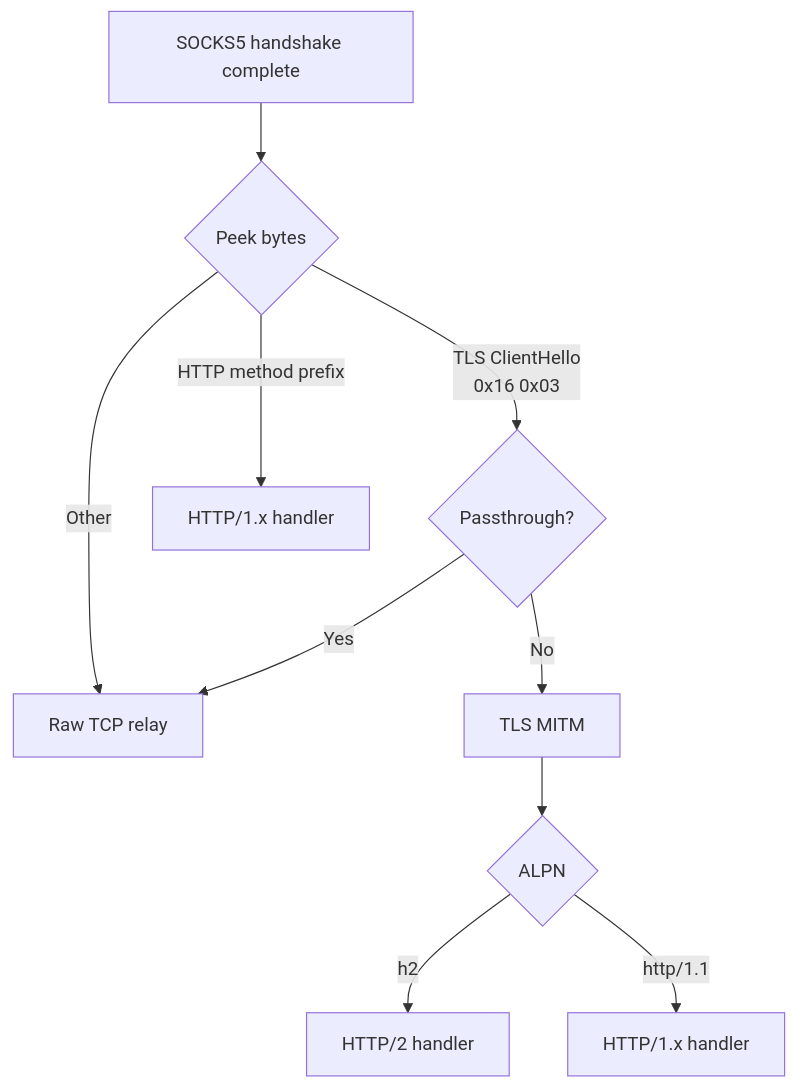
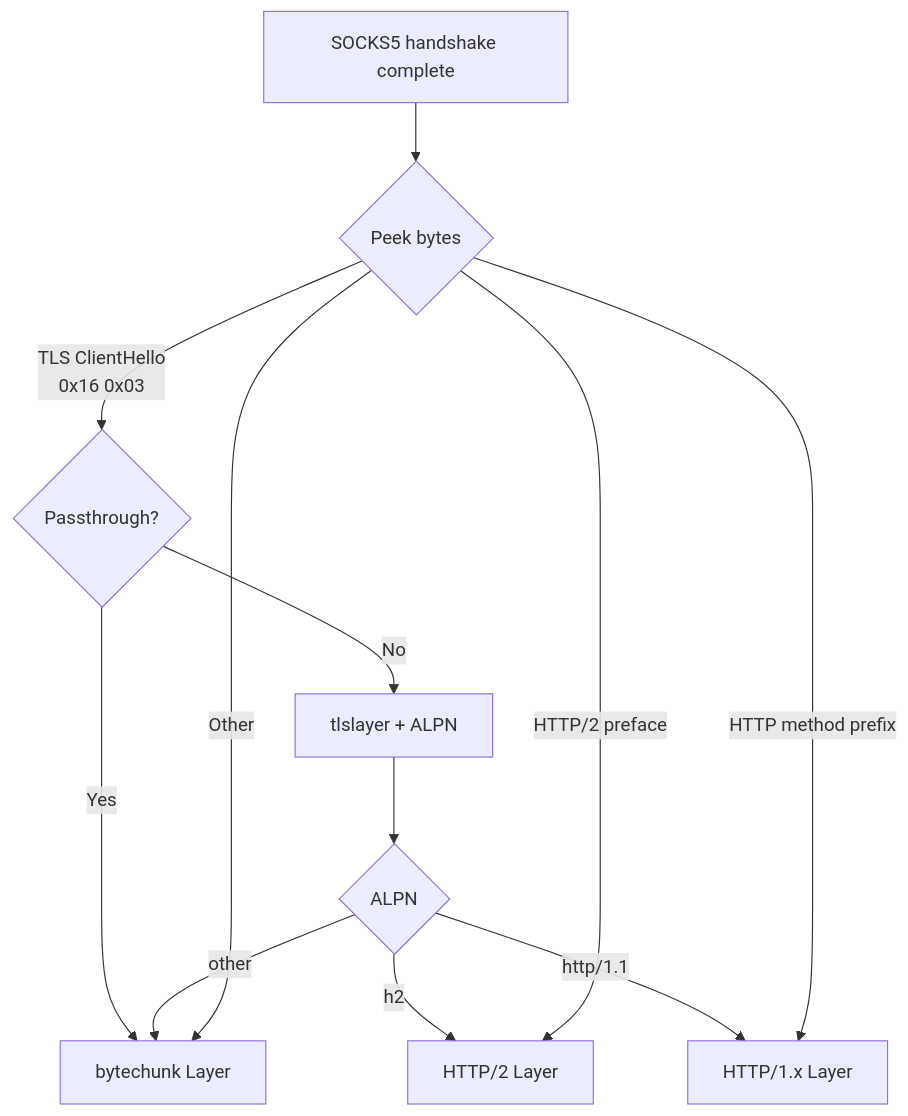
Before and after one commit to usk6666/yorishiro-proxy-docs: the diagram in docs/protocols/socks5.md, drawn with Mermaid. The commit also changed other lines of this file and 8 other files, not shown here.

````diff
--- a/docs/protocols/socks5.md
+++ b/docs/protocols/socks5.md
@@ -75,12 +77,14 @@
 ```mermaid
 flowchart TD
     A[SOCKS5 handshake complete] --> B{Peek bytes}
     B -->|TLS ClientHello<br>0x16 0x03| C{Passthrough?}
-    C -->|Yes| D[Raw TCP relay]
-    C -->|No| E[TLS MITM]
+    C -->|Yes| D[bytechunk Layer]
+    C -->|No| E[tlslayer + ALPN]
     E --> F{ALPN}
-    F -->|h2| G[HTTP/2 handler]
-    F -->|http/1.1| H[HTTP/1.x handler]
-    B -->|HTTP method prefix| I[HTTP/1.x handler]
+    F -->|h2| G[HTTP/2 Layer]
+    F -->|http/1.1| H[HTTP/1.x Layer]
+    F -->|other| D
+    B -->|HTTP method prefix| H
+    B -->|HTTP/2 preface| G
     B -->|Other| D
 ```
````
